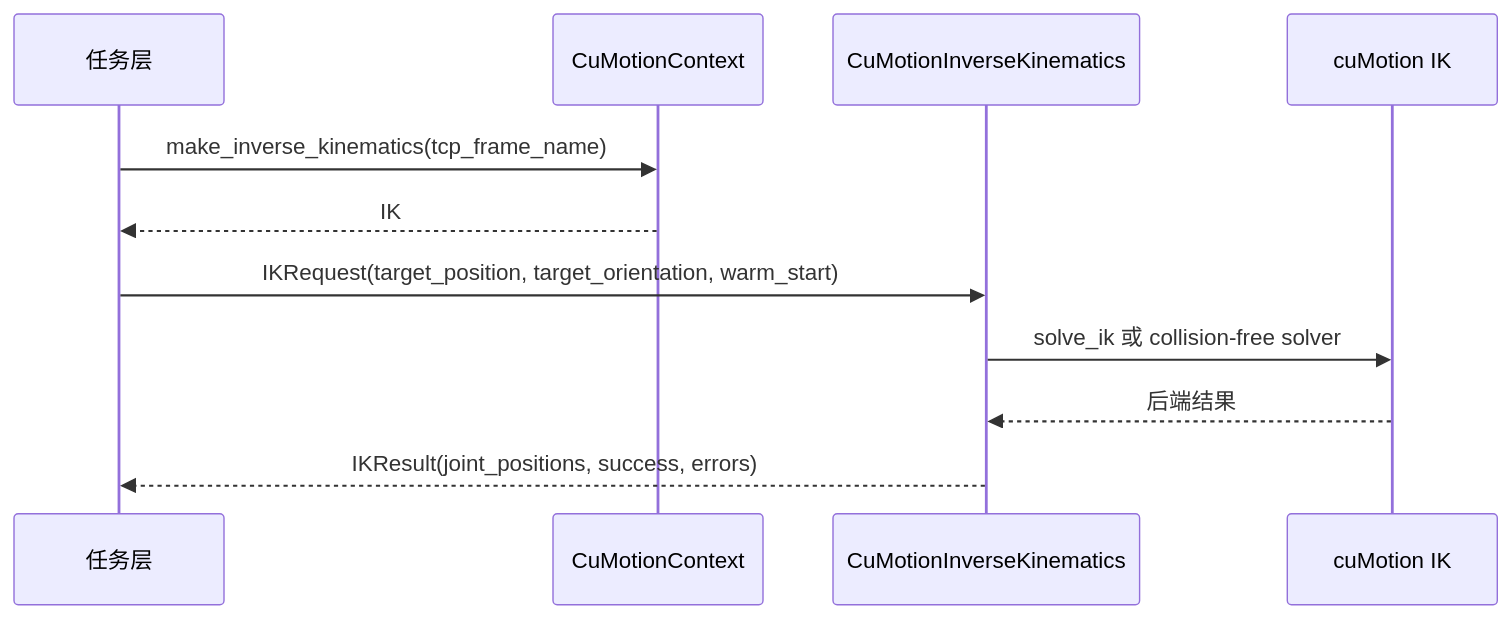
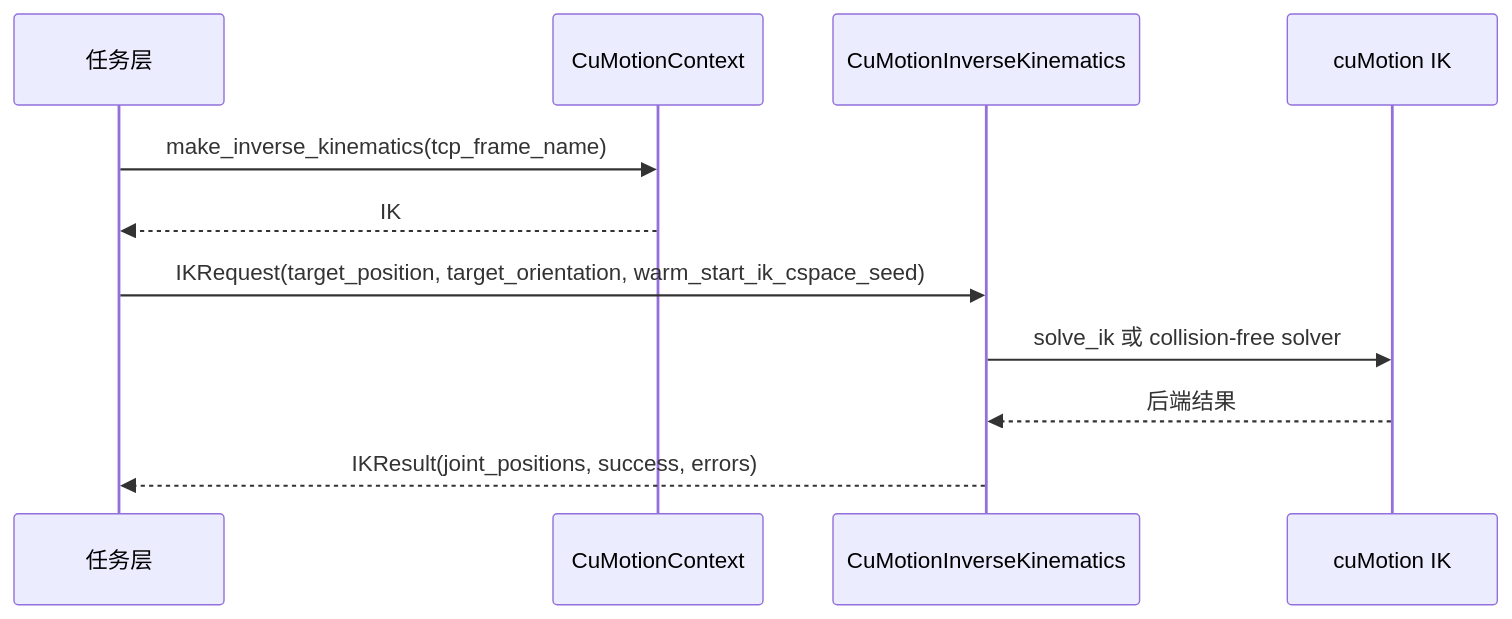
Before and after one commit to linker-bot/linker-sim-isaac: the third of 3 diagrams in docs/cumotion_interface.md, drawn with Mermaid. The commit also changed other lines of this file and 10 other files, not shown here.

````diff
--- a/docs/cumotion_interface.md
+++ b/docs/cumotion_interface.md
@@ -532,14 +532,14 @@
 ```mermaid
 sequenceDiagram
     participant Task as 任务层
     participant Ctx as CuMotionContext
     participant IK as CuMotionInverseKinematics
     participant Cu as cuMotion IK
 
     Task->>Ctx: make_inverse_kinematics(tcp_frame_name)
     Ctx-->>Task: IK
-    Task->>IK: IKRequest(target_position, target_orientation, warm_start)
+    Task->>IK: IKRequest(target_position, target_orientation, warm_start_ik_cspace_seed)
     IK->>Cu: solve_ik 或 collision-free solver
     Cu-->>IK: 后端结果
     IK-->>Task: IKResult(joint_positions, success, errors)
 ```
````
